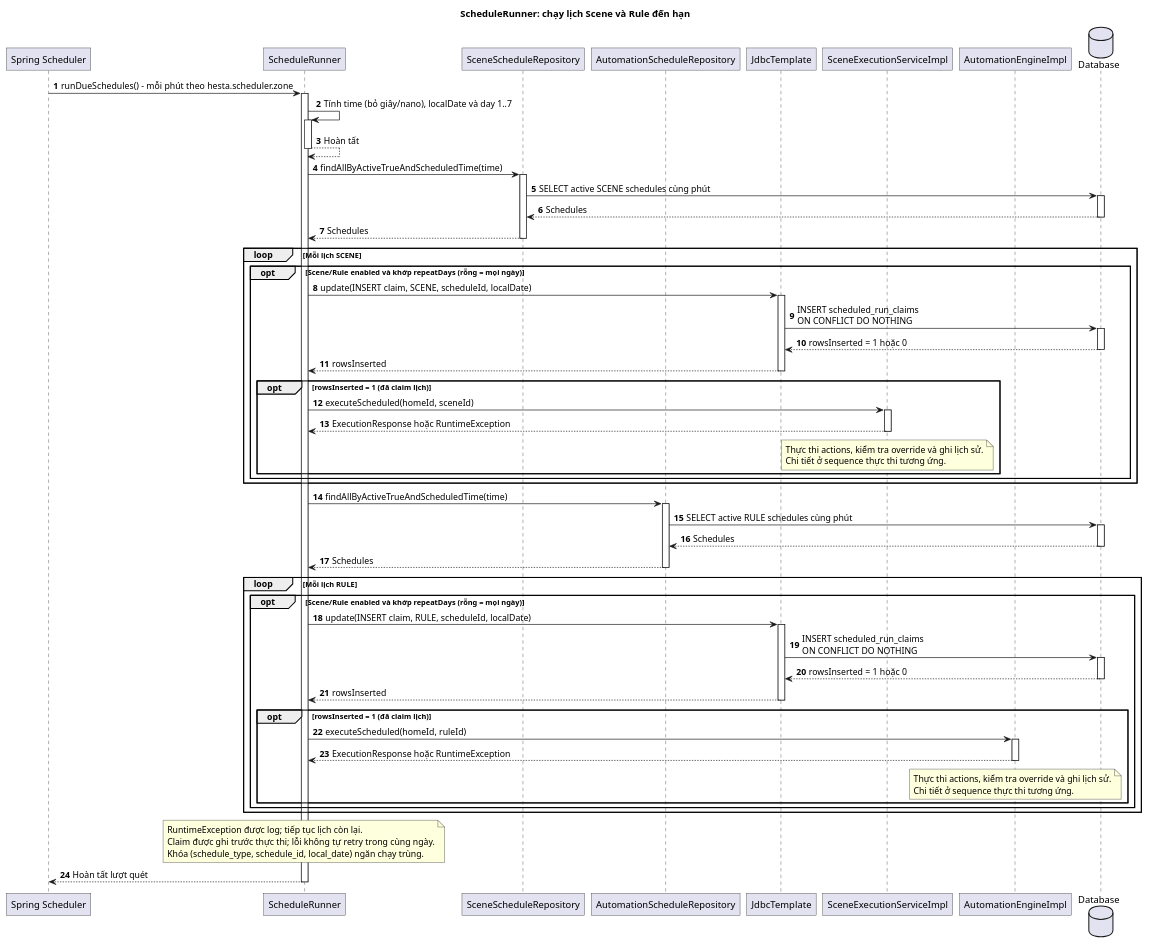
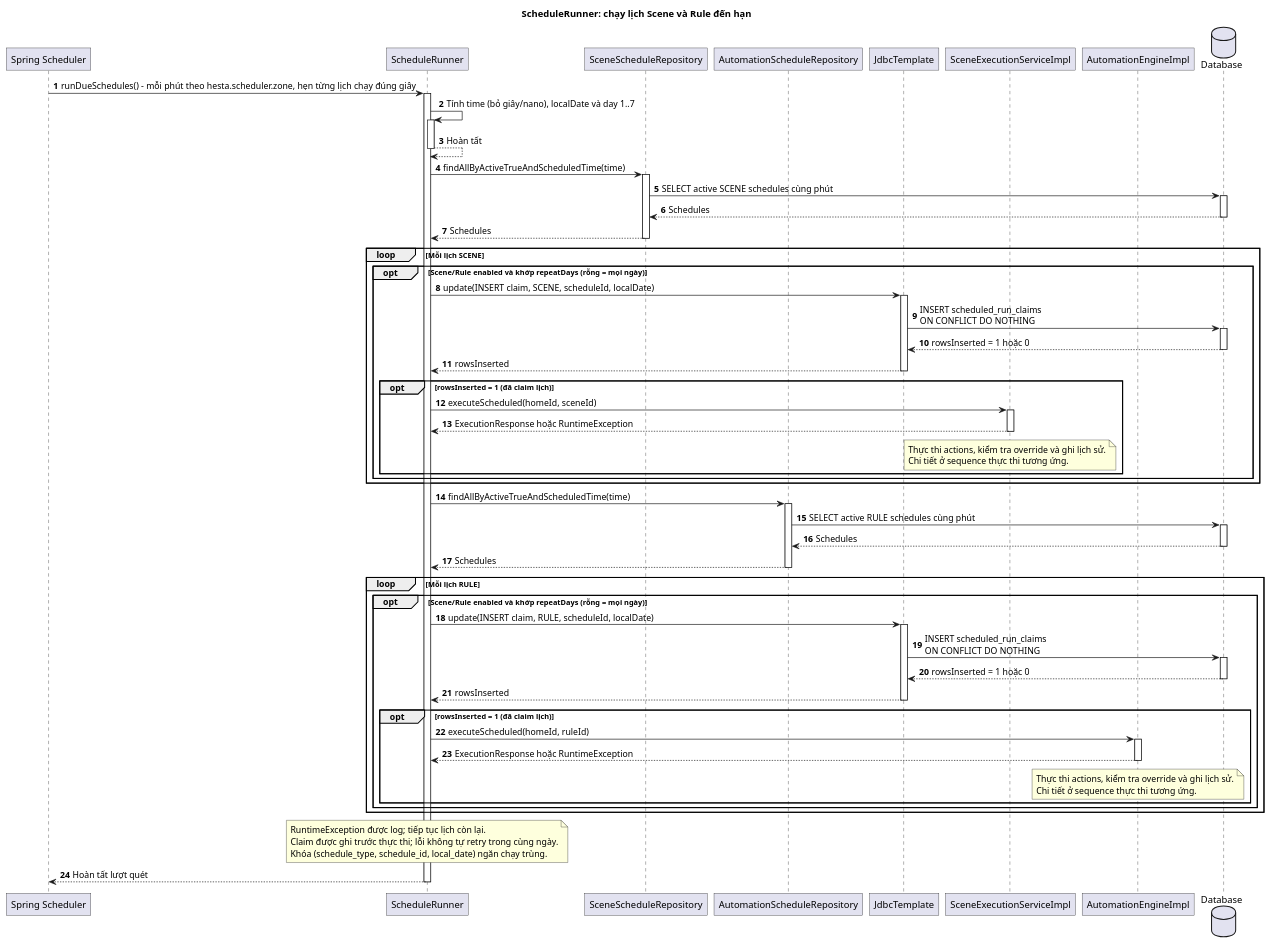
Diagram 13 of 13 in docs/SCENE_CRUD_DIAGRAMS.md (diethon/backend_hesta), drawn with PlantUML before and after one commit. The commit also changed other lines of this file and 2 other files, not shown here.

Commit message:
docs: describe per-second scheduler runs in automation and scene diagrams

```diff
--- a/docs/SCENE_CRUD_DIAGRAMS.md
+++ b/docs/SCENE_CRUD_DIAGRAMS.md
@@ -1457,7 +1457,7 @@
 participant "SceneExecutionServiceImpl" as Execution
 participant "AutomationEngineImpl" as Engine
 database "Database" as DB
-Clock -> Runner: runDueSchedules() - mỗi phút theo hesta.scheduler.zone
+Clock -> Runner: runDueSchedules() - mỗi phút theo hesta.scheduler.zone, hẹn từng lịch chạy đúng giây
 activate Runner
 Runner -> Runner: Tính time (bỏ giây/nano), localDate và day 1..7
 activate Runner
```
